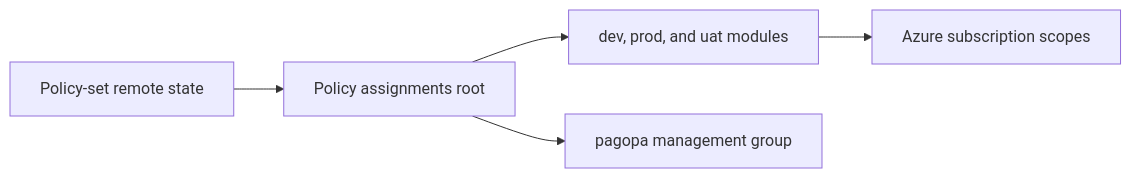
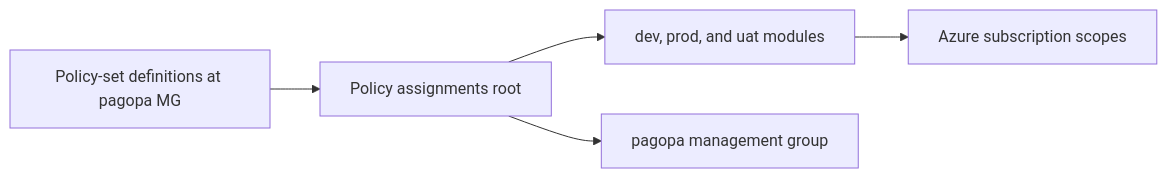
Before and after one commit to pagopa/eng-azure-governance: the diagram in src/azure-policy/04_policy_assignments/README.md, drawn with Mermaid. The commit also changed other lines of this file and 98 other files, not shown here.

First line of the commit message:
feat: TCE-923 azure policy rimozione di pci e pulizia subscriptions (#229)

````diff
--- a/src/azure-policy/04_policy_assignments/README.md
+++ b/src/azure-policy/04_policy_assignments/README.md
@@ -11,9 +11,9 @@
 ```mermaid
 flowchart LR
     accTitle: Policy assignment flow
-    accDescr: The assignment root reads policy-set IDs, delegates environment modules, and applies controls to Azure scopes.
-    policy_set_state["Policy-set remote state"] --> assignment_root["Policy assignments root"]
+    accDescr: The assignment root resolves policy-set IDs from the pagopa management group, delegates environment modules, and applies controls to Azure scopes.
+    policy_set_definitions["Policy-set definitions at pagopa MG"] --> assignment_root["Policy assignments root"]
     assignment_root --> environment_modules["dev, prod, and uat modules"]
     environment_modules --> subscription_scopes["Azure subscription scopes"]
     assignment_root --> management_group_scope["pagopa management group"]
 ```
````
